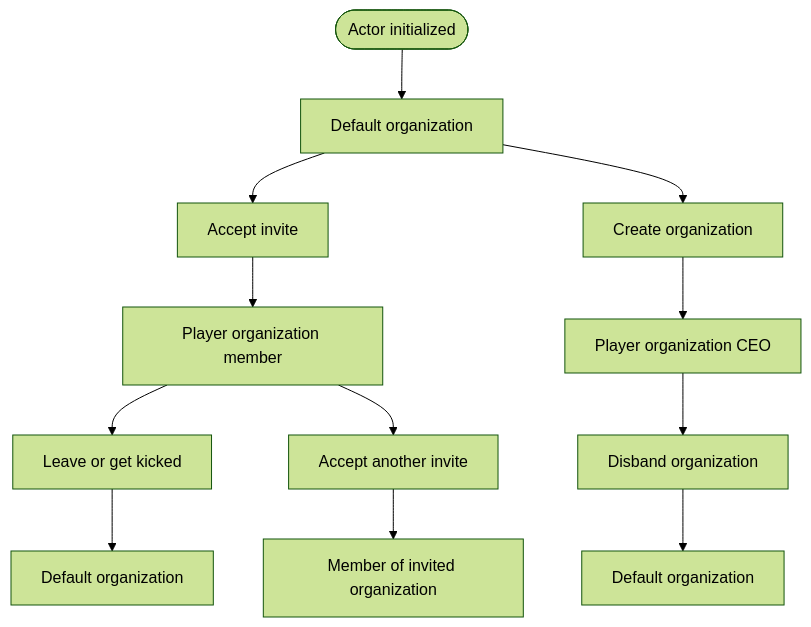
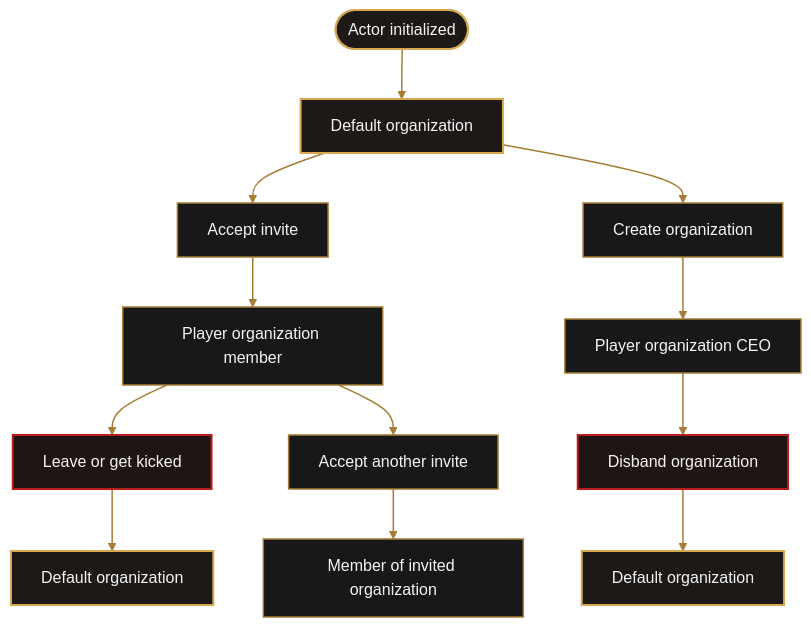
Before and after one commit to jschmidt92/crate: the first of 2 diagrams in docs/features/organization.md, drawn with Mermaid (forest theme). The commit also changed other lines of this file and 21 other files, not shown here.

````diff
--- a/docs/features/organization.md
+++ b/docs/features/organization.md
@@ -27,14 +27,22 @@
 ```mermaid
 flowchart TD
     Start([Actor initialized]) --> Default[Default organization]
     Default --> Accept[Accept invite]
     Accept --> Member[Player organization member]
     Default --> Create[Create organization]
     Create --> CEO[Player organization CEO]
     Member --> Leave[Leave or get kicked]
     Leave --> MemberFallback[Default organization]
     Member --> Switch[Accept another invite]
     Switch --> NewMember[Member of invited organization]
     CEO --> Disband[Disband organization]
     Disband --> CEOFallback[Default organization]
+
+    classDef step fill:#18181b,stroke:#a57c34,color:#f4f4f5,stroke-width:1.5px
+    classDef boundary fill:#1c1917,stroke:#d6a84f,color:#f4f4f5,stroke-width:2px
+    classDef exit fill:#1f1515,stroke:#b91c1c,color:#f4f4f5,stroke-width:2px
+    class Accept,Create,Member,CEO,Switch,NewMember step
+    class Start,Default,MemberFallback,CEOFallback boundary
+    class Leave,Disband exit
+    linkStyle default stroke:#a57c34,stroke-width:1.5px
 ```
````
